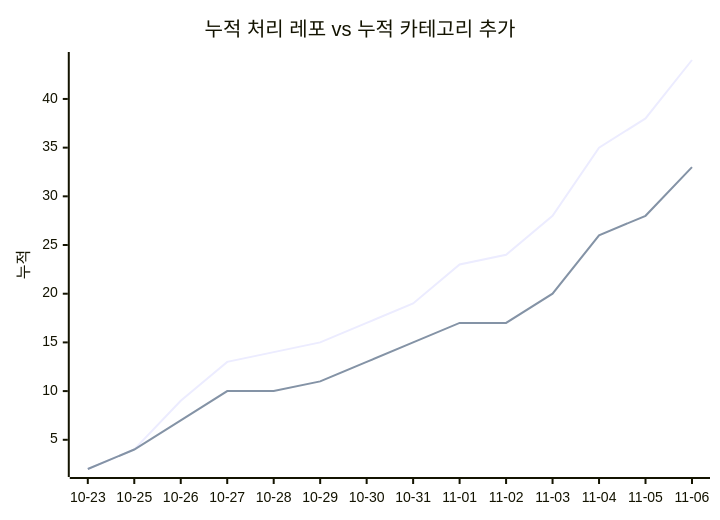
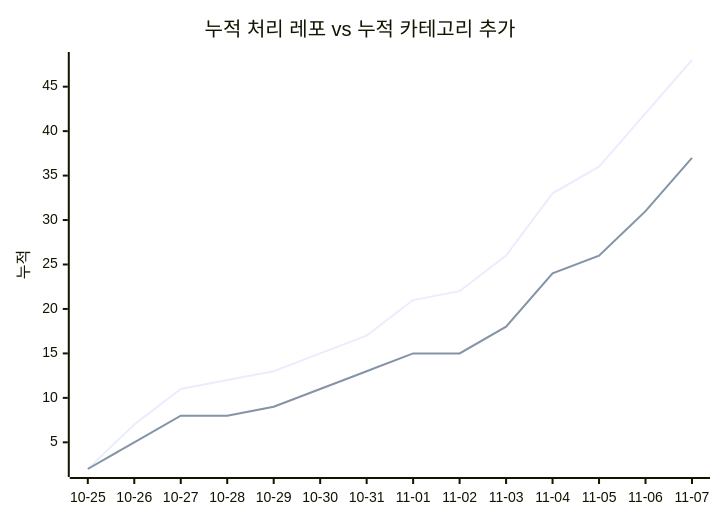
The second of 2 diagrams in docs/trends.md (J-nowcow/awesome-korean-agent-skills), drawn with Mermaid before and after one commit. The commit also changed other lines of this file and 6 other files, not shown here.

````diff
--- a/docs/trends.md
+++ b/docs/trends.md
@@ -68,8 +68,8 @@
 ```mermaid
 xychart-beta
     title "누적 처리 레포 vs 누적 카테고리 추가"
-    x-axis ["10-23","10-25","10-26","10-27","10-28","10-29","10-30","10-31","11-01","11-02","11-03","11-04","11-05","11-06"]
+    x-axis ["10-25","10-26","10-27","10-28","10-29","10-30","10-31","11-01","11-02","11-03","11-04","11-05","11-06","11-07"]
     y-axis "누적"
-    line [2,4,9,13,14,15,17,19,23,24,28,35,38,44]
-    line [2,4,7,10,10,11,13,15,17,17,20,26,28,33]
+    line [2,7,11,12,13,15,17,21,22,26,33,36,42,48]
+    line [2,5,8,8,9,11,13,15,15,18,24,26,31,37]
 ```
````
